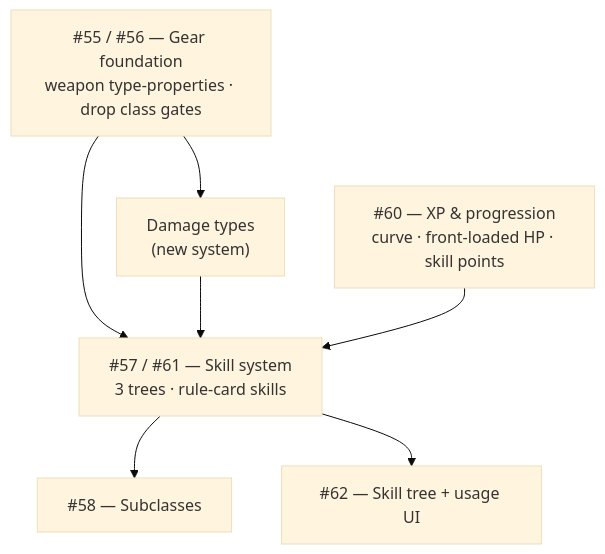
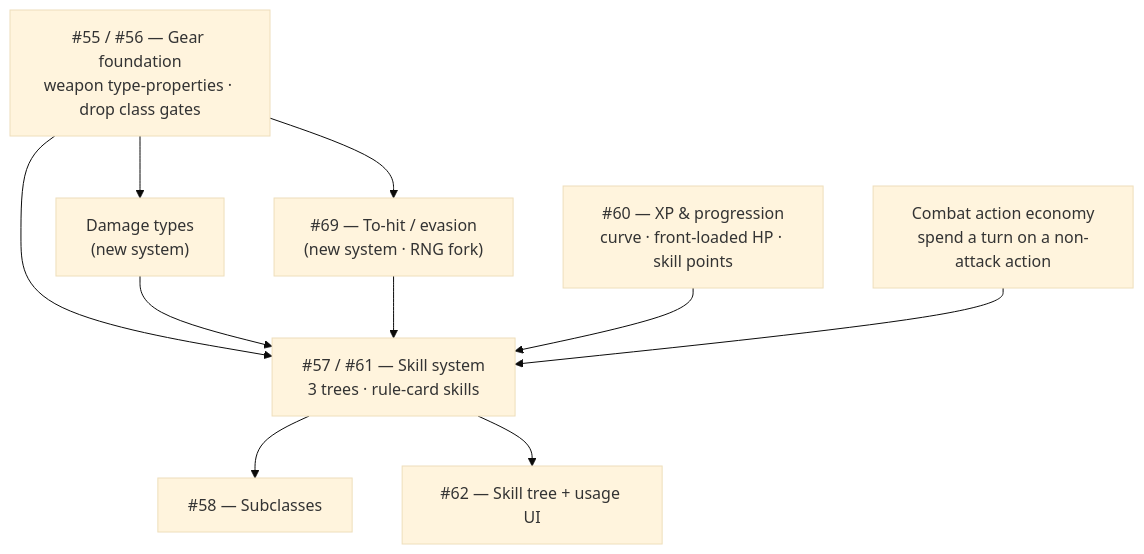
One commit to starquake/mediumrogue changed the diagram in docs/design-roadmap.md. Above: the diagram before and after it, drawn with Mermaid (base theme). The commit also changed other lines of this file, not shown here.

First line of the commit message:
docs(roadmap): add defence/to-hit + combat action economy (#69) (#70)

````diff
--- a/docs/design-roadmap.md
+++ b/docs/design-roadmap.md
@@ -17,15 +17,20 @@
 ```mermaid
 graph TD
   A["#55 / #56 — Gear foundation<br/>weapon type-properties · drop class gates"]
   B["Damage types<br/>(new system)"]
+  TH["#69 — To-hit / evasion<br/>(new system · RNG fork)"]
+  ACT["Combat action economy<br/>spend a turn on a non-attack action"]
   C["#57 / #61 — Skill system<br/>3 trees · rule-card skills"]
   D["#60 — XP & progression<br/>curve · front-loaded HP · skill points"]
   E["#58 — Subclasses"]
   F["#62 — Skill tree + usage UI"]
   A --> B
   A --> C
+  A --> TH
   B --> C
+  TH --> C
   D --> C
+  ACT --> C
   C --> E
   C --> F
 ```
````
